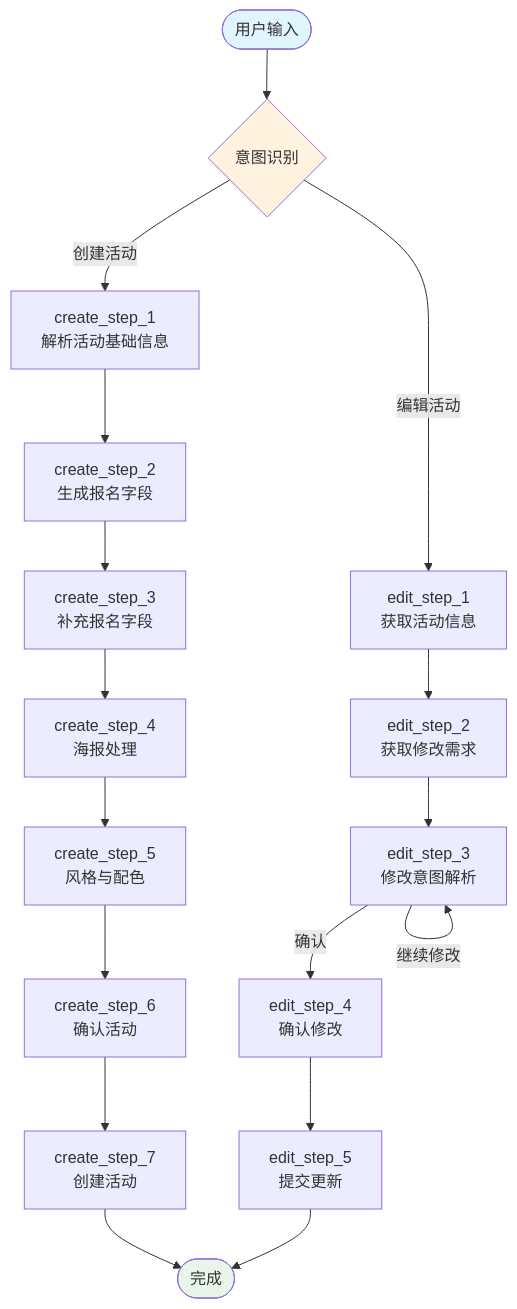
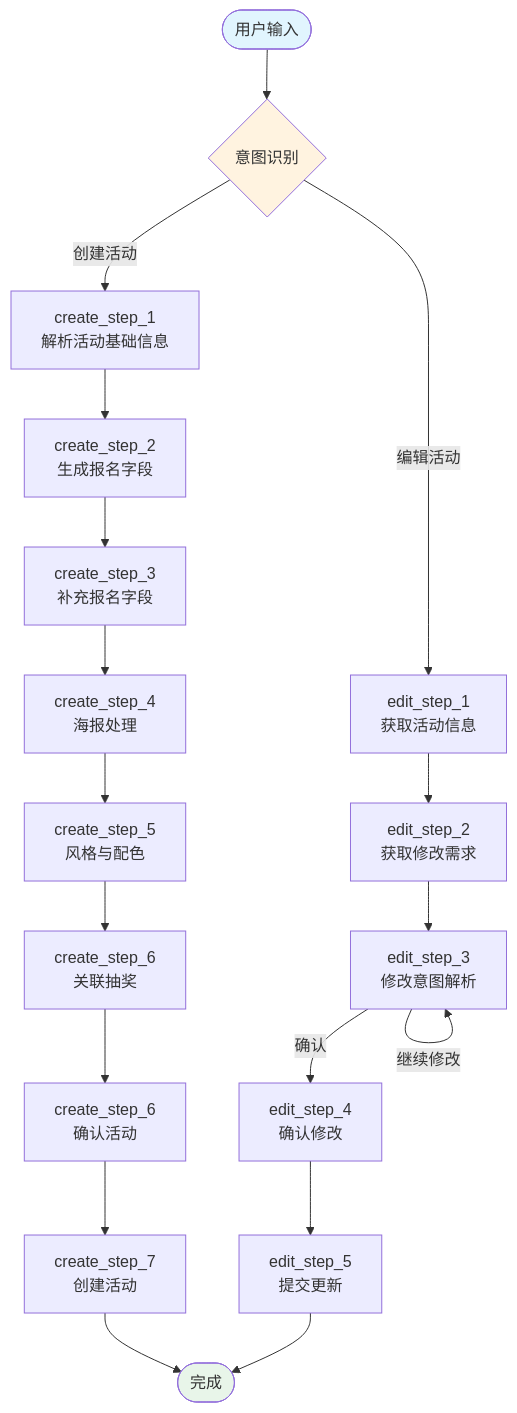
Before and after one commit to yechunlin/activity_manager: the diagram in SKILL.md, drawn with Mermaid. The commit also changed other lines of this file and 13 other files, not shown here.

````diff
--- a/SKILL.md
+++ b/SKILL.md
@@ -42,26 +42,27 @@
 ```mermaid
 flowchart TD
     Start([用户输入]) --> Intent{意图识别}
     
     Intent -->|创建活动| C1[create_step_1<br/>解析活动基础信息]
     Intent -->|编辑活动| E1[edit_step_1<br/>获取活动信息]
     
     C1 --> C2[create_step_2<br/>生成报名字段]
     C2 --> C3[create_step_3<br/>补充报名字段]
     C3 --> C4[create_step_4<br/>海报处理]
     C4 --> C5[create_step_5<br/>风格与配色]
-    C5 --> C6[create_step_6<br/>确认活动]
-    C6 --> C7[create_step_7<br/>创建活动]
-    C7 --> End([完成])
+    C5 --> C6[create_step_6<br/>关联抽奖]
+    C6 --> C7[create_step_6<br/>确认活动]
+    C7 --> C8[create_step_7<br/>创建活动]
+    C8 --> End([完成])
     
     E1 --> E2[edit_step_2<br/>获取修改需求]
     E2 --> E3[edit_step_3<br/>修改意图解析]
     E3 -->|继续修改| E3
     E3 -->|确认| E4[edit_step_4<br/>确认修改]
     E4 --> E5[edit_step_5<br/>提交更新]
     E5 --> End
     
     style Start fill:#e1f5fe
     style End fill:#e8f5e9
     style Intent fill:#fff3e0
 ```
````
